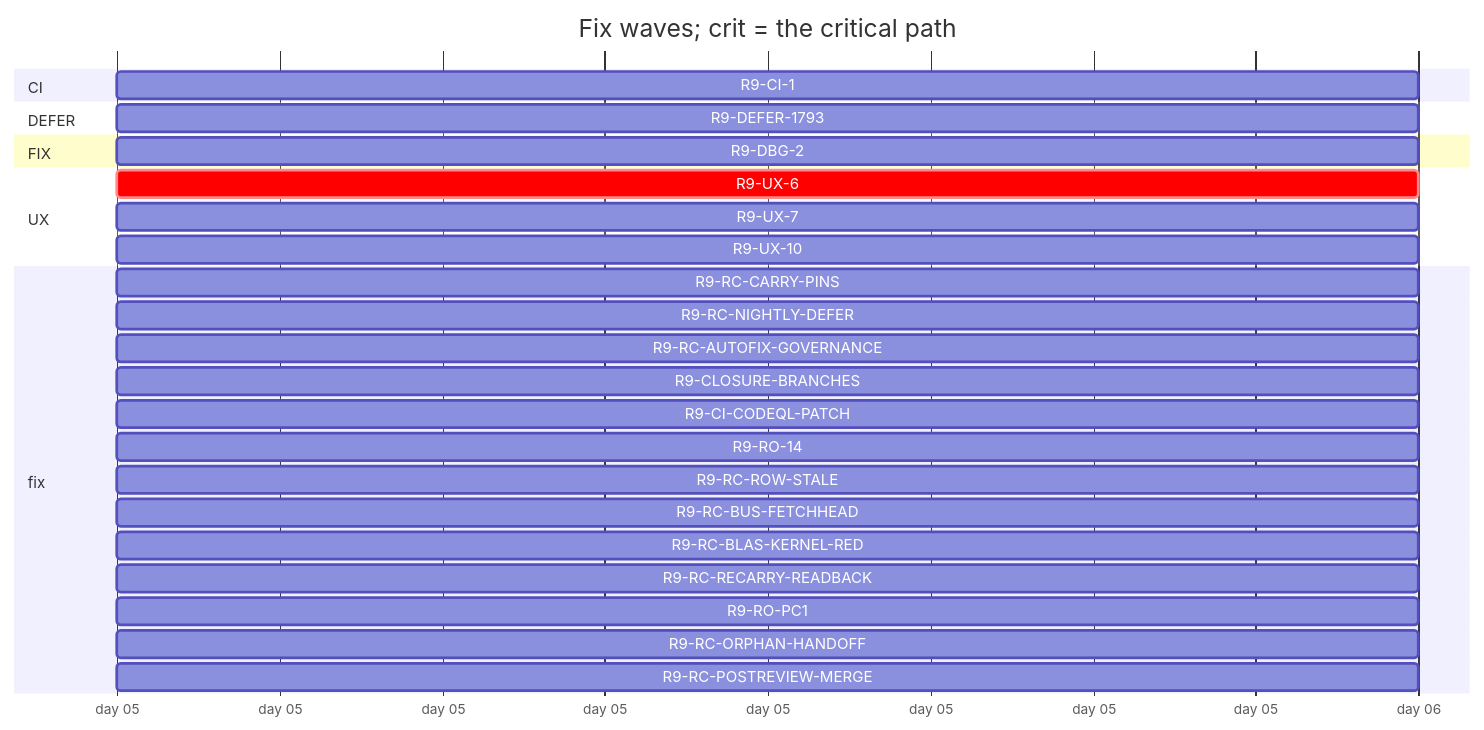
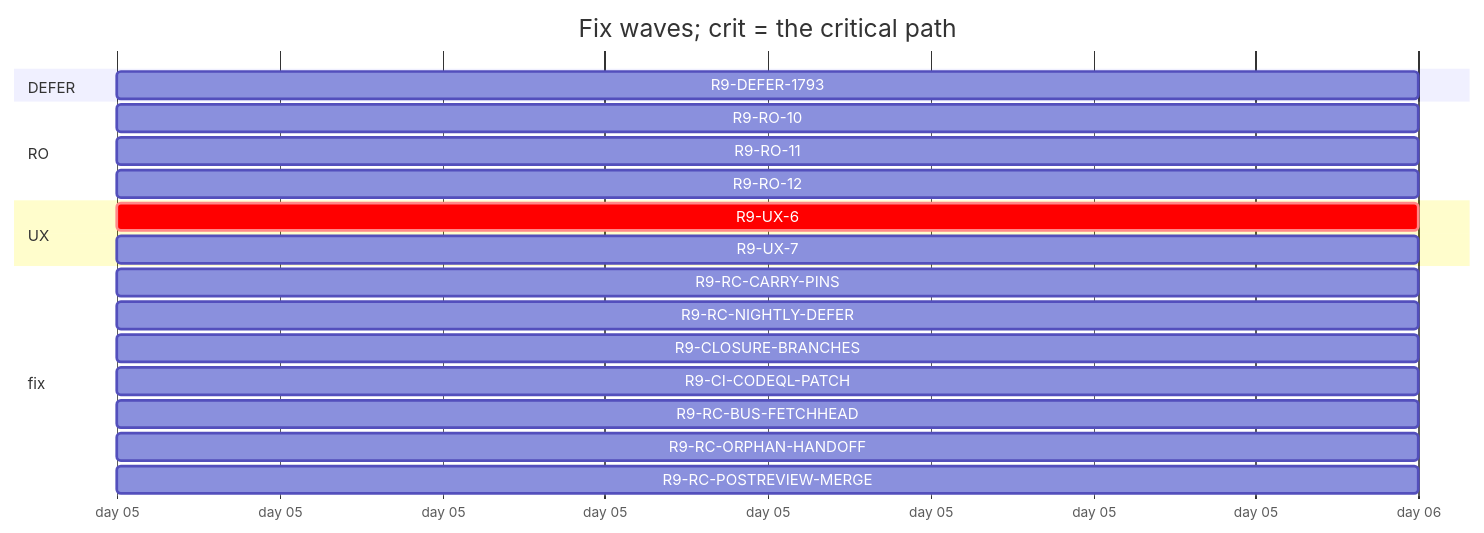
One commit to tvofi/heatpump_optimizer changed the diagram in handoff/round9/state/PLAN-TABLE.md. Above: the diagram before and after it, drawn with Mermaid. The commit also changed other lines of this file and 2 other files, not shown here.

````diff
--- a/handoff/round9/state/PLAN-TABLE.md
+++ b/handoff/round9/state/PLAN-TABLE.md
@@ -18,30 +17,23 @@
 ```mermaid
 gantt
   title Fix waves; crit = the critical path
   dateFormat YYYY-MM-DD
   axisFormat day %d
-  section CI
-    R9-CI-1 :r9CI1, 2026-01-05, 1d
   section DEFER
     R9-DEFER-1793 :r9DEFER1793, 2026-01-05, 1d
-  section FIX
-    R9-DBG-2 :r9DBG2, 2026-01-05, 1d
+  section RO
+    R9-RO-10 :r9RO10, 2026-01-05, 1d
+    R9-RO-11 :r9RO11, 2026-01-05, 1d
+    R9-RO-12 :r9RO12, 2026-01-05, 1d
   section UX
     R9-UX-6 :crit, r9UX6, 2026-01-05, 1d
     R9-UX-7 :r9UX7, 2026-01-05, 1d
-    R9-UX-10 :r9UX10, 2026-01-05, 1d
   section fix
     R9-RC-CARRY-PINS :r9RCCARRYPINS, 2026-01-05, 1d
     R9-RC-NIGHTLY-DEFER :r9RCNIGHTLYDEFER, 2026-01-05, 1d
-    R9-RC-AUTOFIX-GOVERNANCE :r9RCAUTOFIXGOVERNANCE, 2026-01-05, 1d
     R9-CLOSURE-BRANCHES :r9CLOSUREBRANCHES, 2026-01-05, 1d
     R9-CI-CODEQL-PATCH :r9CICODEQLPATCH, 2026-01-05, 1d
-    R9-RO-14 :r9RO14, 2026-01-05, 1d
-    R9-RC-ROW-STALE :r9RCROWSTALE, 2026-01-05, 1d
     R9-RC-BUS-FETCHHEAD :r9RCBUSFETCHHEAD, 2026-01-05, 1d
-    R9-RC-BLAS-KERNEL-RED :r9RCBLASKERNELRED, 2026-01-05, 1d
-    R9-RC-RECARRY-READBACK :r9RCRECARRYREADBACK, 2026-01-05, 1d
-    R9-RO-PC1 :r9ROPC1, 2026-01-05, 1d
     R9-RC-ORPHAN-HANDOFF :r9RCORPHANHANDOFF, 2026-01-05, 1d
     R9-RC-POSTREVIEW-MERGE :r9RCPOSTREVIEWMERGE, 2026-01-05, 1d
 ```
````
